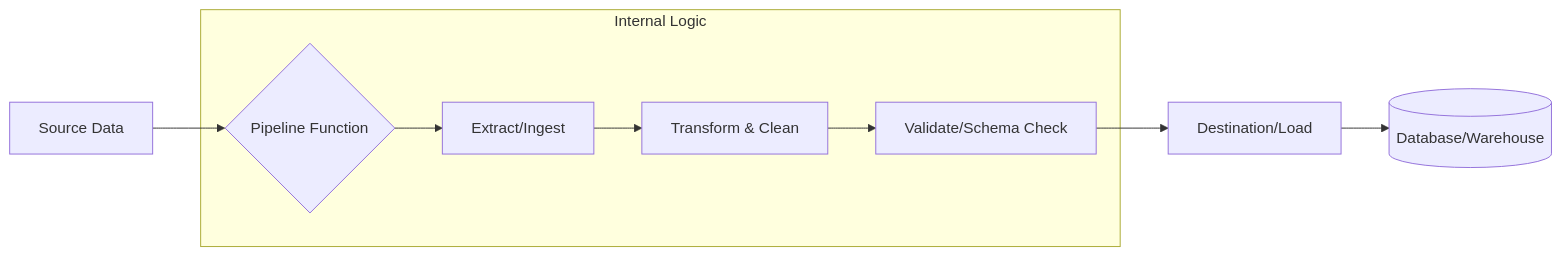
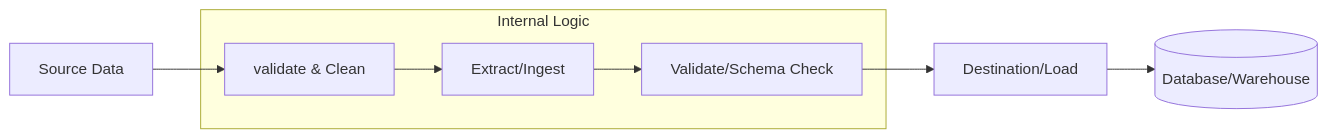
The diagram in README.md (mohamedashraf77/deal-brief-tool), drawn with Mermaid before and after one commit.

Commit message:
last version

````diff
--- a/README.md
+++ b/README.md
@@ -16,14 +16,13 @@
 ```mermaid
 
 graph LR
-    A[Source Data] --> B{Pipeline Function}
+    A[Source Data] --> C[validate & Clean]
     subgraph Process [Internal Logic]
-    B --> C[Extract/Ingest]
-    C --> D[Transform & Clean]
+    C --> D[Extract/Ingest]
     D --> E[Validate/Schema Check]
     end
     E --> F[Destination/Load]
     F --> G[(Database/Warehouse)]
 
 
 ```
````
